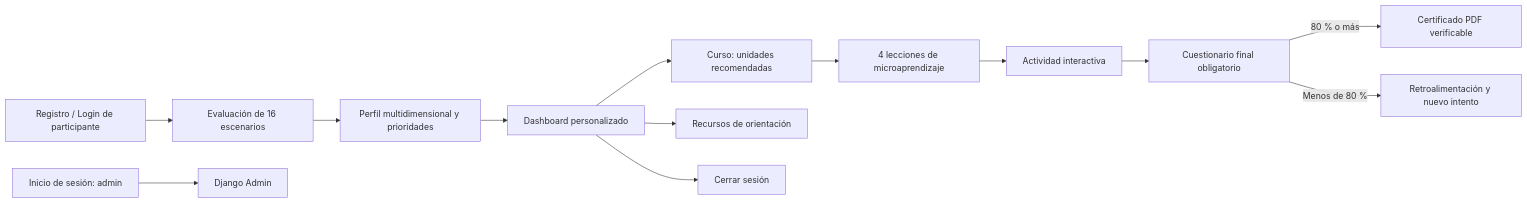
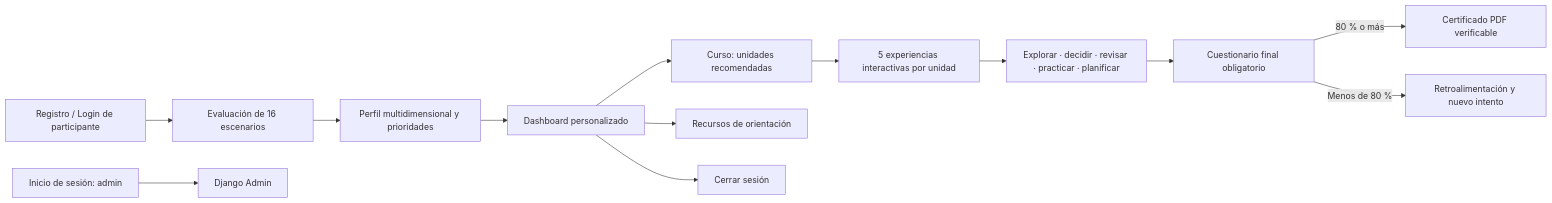
Before and after one commit to Shirley0702/plataforma-ciberacoso: the diagram in docs/mapa_pantallas.md, drawn with Mermaid. The commit also changed 29 other files, not shown here.

Commit message:
feat(cursos): incorporar experiencias interactivas seguras

````diff
--- a/docs/mapa_pantallas.md
+++ b/docs/mapa_pantallas.md
@@ -3,15 +3,15 @@
 ```mermaid
 flowchart LR
     R["Registro / Login de participante"] --> D["Evaluación de 16 escenarios"]
     D --> A["Perfil multidimensional y prioridades"]
     A --> P["Dashboard personalizado"]
     P --> C["Curso: unidades recomendadas"]
-    C --> L["4 lecciones de microaprendizaje"]
-    L --> I["Actividad interactiva"]
+    C --> L["5 experiencias interactivas por unidad"]
+    L --> I["Explorar · decidir · revisar · practicar · planificar"]
     I --> Q["Cuestionario final obligatorio"]
     Q -->|"80 % o más"| CE["Certificado PDF verificable"]
     Q -->|"Menos de 80 %"| RE["Retroalimentación y nuevo intento"]
     P --> O["Recursos de orientación"]
     P --> S["Cerrar sesión"]
     ADM["Inicio de sesión: admin"] --> DA["Django Admin"]
 ```
````
